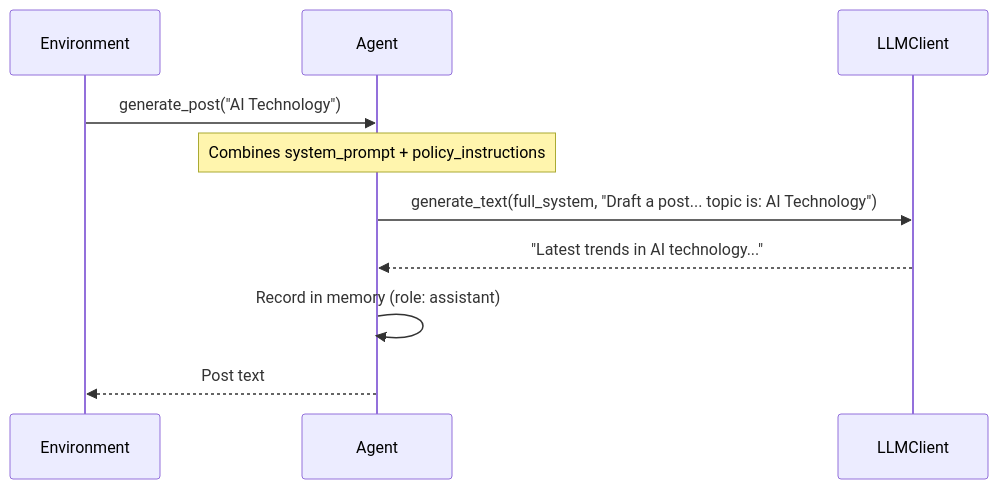
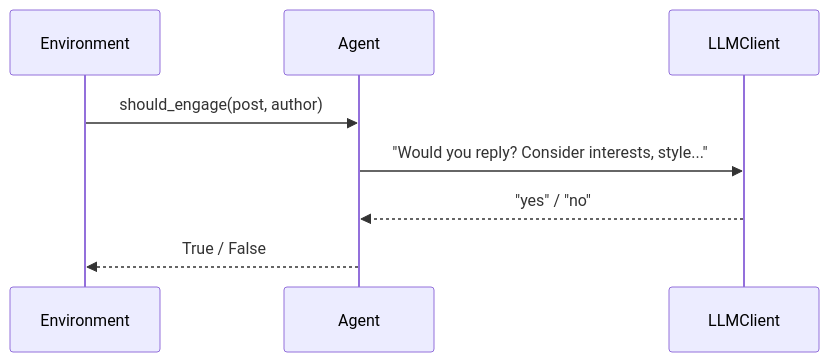
One commit to Keyhole-Koro/snackPersona changed the second of 3 diagrams in simulation/README.md. Above: the diagram before and after it, drawn with Mermaid. The commit also changed other lines of this file and 3 other files, not shown here.

````diff
--- a/simulation/README.md
+++ b/simulation/README.md
@@ -56,13 +57,11 @@
 ```mermaid
 sequenceDiagram
     participant Env as Environment
     participant Agent as Agent
     participant LLM as LLMClient
 
-    Env->>Agent: generate_post("AI Technology")
-    Note over Agent: Combines system_prompt + policy_instructions
-    Agent->>LLM: generate_text(full_system, "Draft a post... topic is: AI Technology")
-    LLM-->>Agent: "Latest trends in AI technology..."
-    Agent->>Agent: Record in memory (role: assistant)
-    Agent-->>Env: Post text
+    Env->>Agent: should_engage(post, author)
+    Agent->>LLM: "Would you reply? Consider interests, style..."
+    LLM-->>Agent: "yes" / "no"
+    Agent-->>Env: True / False
 ```
````
